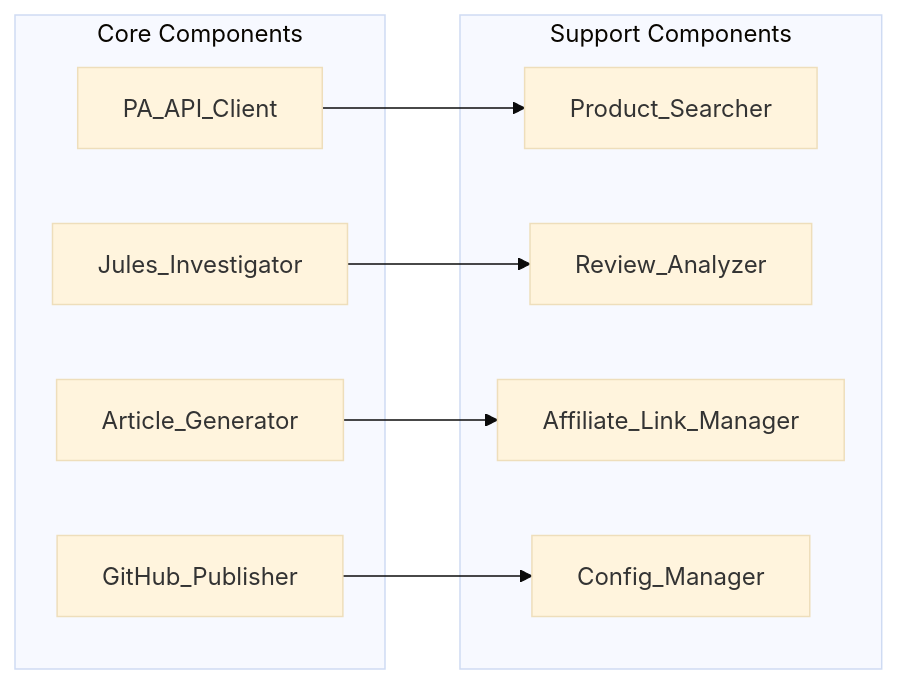
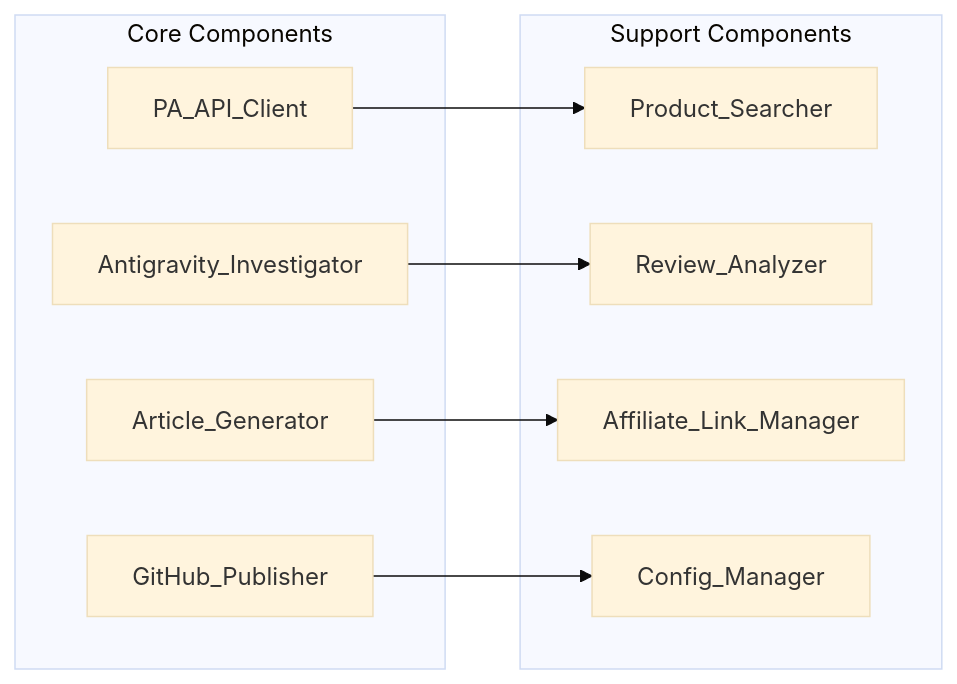
The second of 2 diagrams in .kiro/specs/amazon-product-research-system/design.md (aegisfleet/amazon-product-article), drawn with Mermaid (base theme) before and after one commit. The commit also changed other lines of this file and 9 other files, not shown here.

````diff
--- a/.kiro/specs/amazon-product-research-system/design.md
+++ b/.kiro/specs/amazon-product-research-system/design.md
@@ -47,21 +47,21 @@
 ```mermaid
 graph LR
     subgraph "Core Components"
         A[PA_API_Client]
-        B[Jules_Investigator]
+        B[Antigravity_Investigator]
         C[Article_Generator]
         D[GitHub_Publisher]
     end
     
     subgraph "Support Components"
         E[Product_Searcher]
         F[Review_Analyzer]
         G[Affiliate_Link_Manager]
         H[Config_Manager]
     end
     
     A --> E
     B --> F
     C --> G
     D --> H
 ```
````
